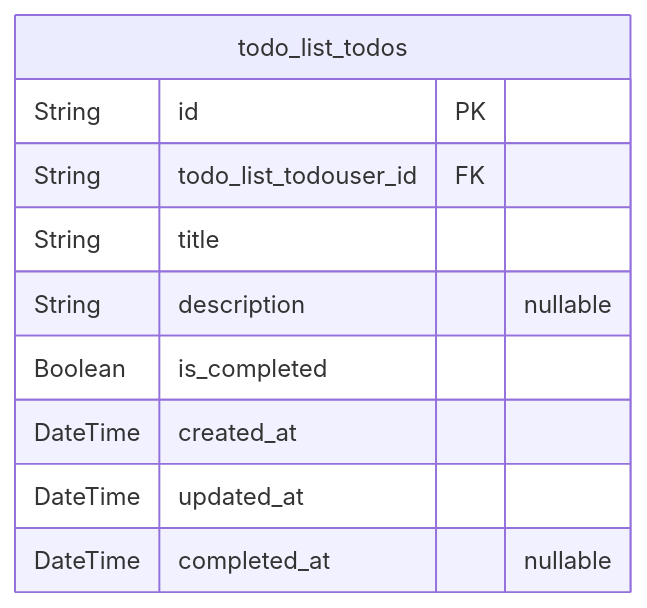
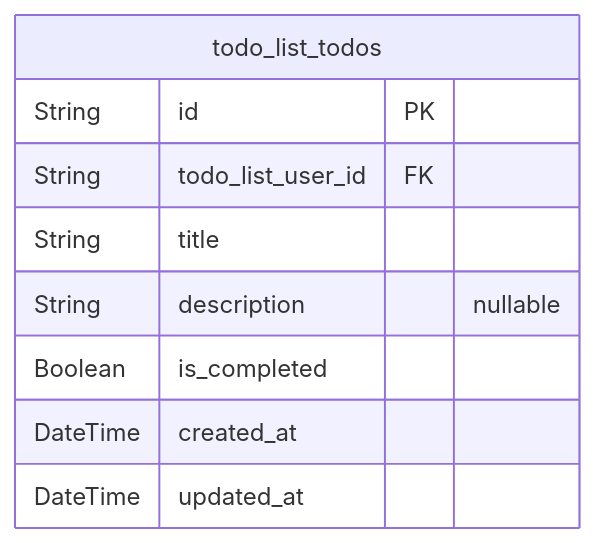
Before and after one commit to wrtnlabs/autobe-examples: the second of 2 diagrams in openai/gpt-4.1/todo/docs/ERD.md, drawn with Mermaid. The commit also changed other lines of this file and 22498 other files, not shown here.

````diff
--- a/openai/gpt-4.1/todo/docs/ERD.md
+++ b/openai/gpt-4.1/todo/docs/ERD.md
@@ -84,13 +103,12 @@
 ```mermaid
 erDiagram
 "todo_list_todos" {
   String id PK
-  String todo_list_todouser_id FK
+  String todo_list_user_id FK
   String title
   String description "nullable"
   Boolean is_completed
   DateTime created_at
   DateTime updated_at
-  DateTime completed_at "nullable"
 }
 ```
````
